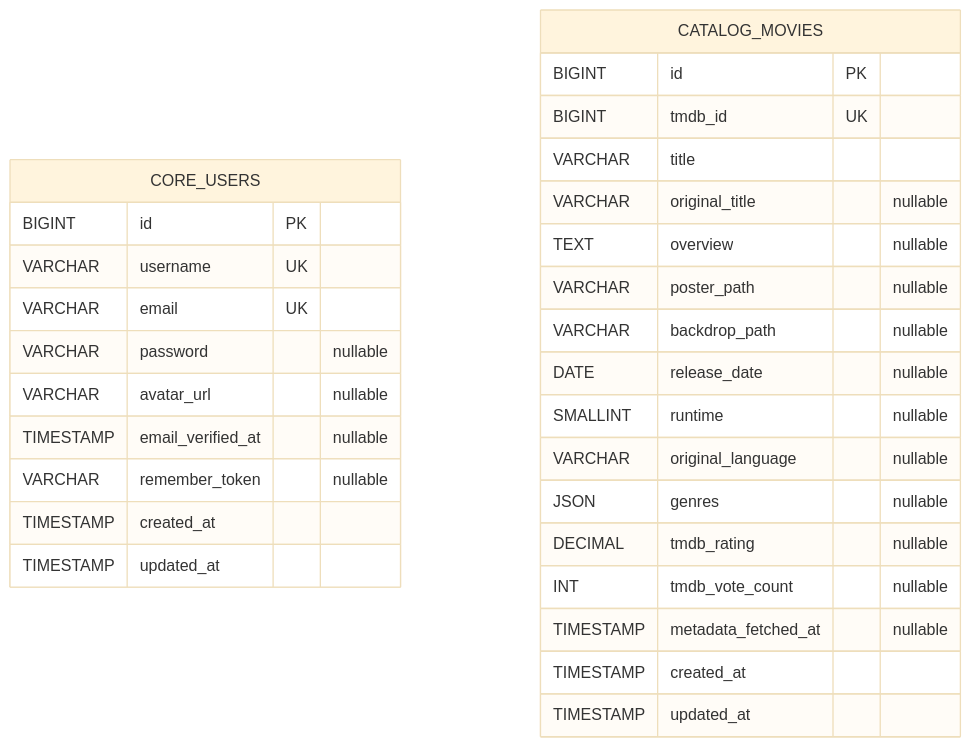
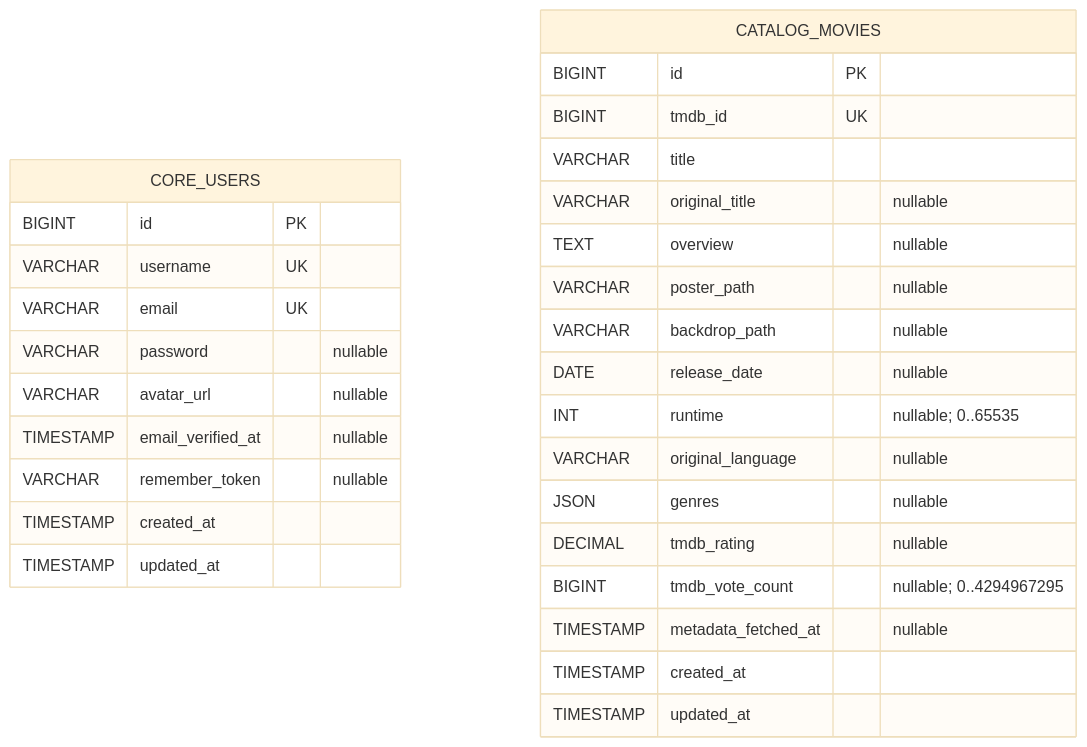
Before and after one commit to hsn-bachir/VYBE: the diagram in docs/database/schema.md, drawn with Mermaid (base theme). The commit also changed other lines of this file and 25 other files, not shown here.

````diff
--- a/docs/database/schema.md
+++ b/docs/database/schema.md
@@ -11,32 +13,32 @@
 ```mermaid
 erDiagram
   CORE_USERS {
     BIGINT id PK
     VARCHAR username UK
     VARCHAR email UK
     VARCHAR password "nullable"
     VARCHAR avatar_url "nullable"
     TIMESTAMP email_verified_at "nullable"
     VARCHAR remember_token "nullable"
     TIMESTAMP created_at
     TIMESTAMP updated_at
   }
   CATALOG_MOVIES {
     BIGINT id PK
     BIGINT tmdb_id UK
     VARCHAR title
     VARCHAR original_title "nullable"
     TEXT overview "nullable"
     VARCHAR poster_path "nullable"
     VARCHAR backdrop_path "nullable"
     DATE release_date "nullable"
-    SMALLINT runtime "nullable"
+    INT runtime "nullable; 0..65535"
     VARCHAR original_language "nullable"
     JSON genres "nullable"
     DECIMAL tmdb_rating "nullable"
-    INT tmdb_vote_count "nullable"
+    BIGINT tmdb_vote_count "nullable; 0..4294967295"
     TIMESTAMP metadata_fetched_at "nullable"
     TIMESTAMP created_at
     TIMESTAMP updated_at
   }
 ```
````
